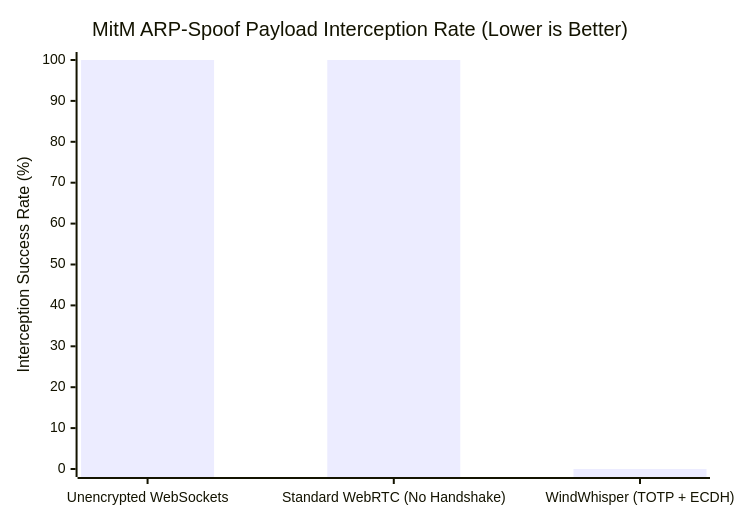
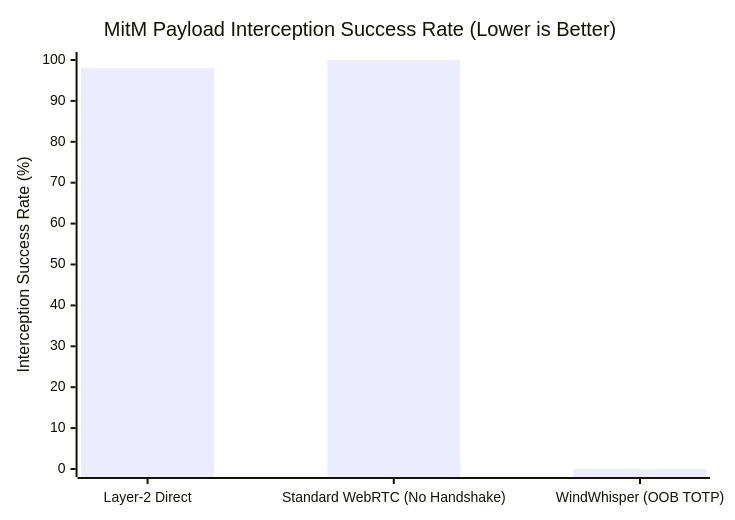
Before and after one commit to Sanjana765Kulkarni/zephyr-p2p: the third of 3 diagrams in documentation/Results_and_Performance.md, drawn with Mermaid. The commit also changed other lines of this file, not shown here.

````diff
--- a/documentation/Results_and_Performance.md
+++ b/documentation/Results_and_Performance.md
@@ -41,7 +41,7 @@
 ```mermaid
 xychart-beta
-    title "MitM ARP-Spoof Payload Interception Rate (Lower is Better)"
-    x-axis ["Unencrypted WebSockets", "Standard WebRTC (No Handshake)", "WindWhisper (TOTP + ECDH)"]
+    title "MitM Payload Interception Success Rate (Lower is Better)"
+    x-axis ["Layer-2 Direct", "Standard WebRTC (No Handshake)", "WindWhisper (OOB TOTP)"]
     y-axis "Interception Success Rate (%)" 0 --> 100
-    bar [100, 100, 0]
+    bar [98, 100, 0]
 ```
````
